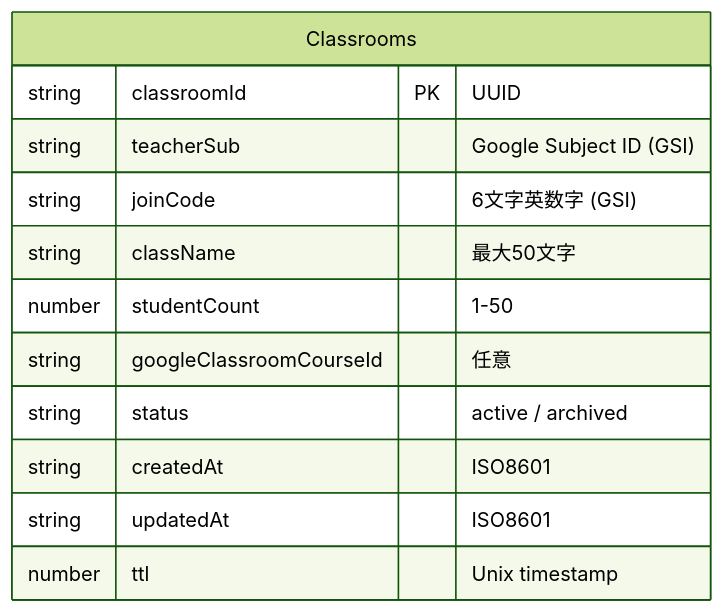
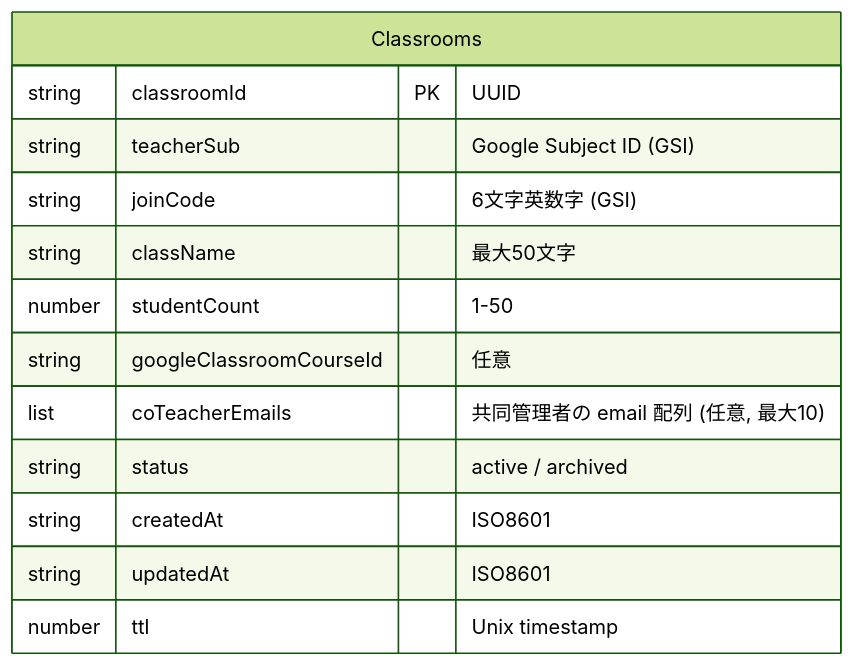
Before and after one commit to smalruby/smalruby3-editor: the third of 6 diagrams in docs/classroom/architecture.md, drawn with Mermaid (forest theme). The commit also changed other lines of this file and 2 other files, not shown here.

First line of the commit message:
docs(classroom): document co-teacher (shared classroom management)

````diff
--- a/docs/classroom/architecture.md
+++ b/docs/classroom/architecture.md
@@ -198,15 +201,16 @@
 ```mermaid
 erDiagram
     Classrooms {
         string classroomId PK "UUID"
         string teacherSub "Google Subject ID (GSI)"
         string joinCode "6文字英数字 (GSI)"
         string className "最大50文字"
         number studentCount "1-50"
         string googleClassroomCourseId "任意"
+        list coTeacherEmails "共同管理者の email 配列 (任意, 最大10)"
         string status "active / archived"
         string createdAt "ISO8601"
         string updatedAt "ISO8601"
         number ttl "Unix timestamp"
     }
 ```
````
